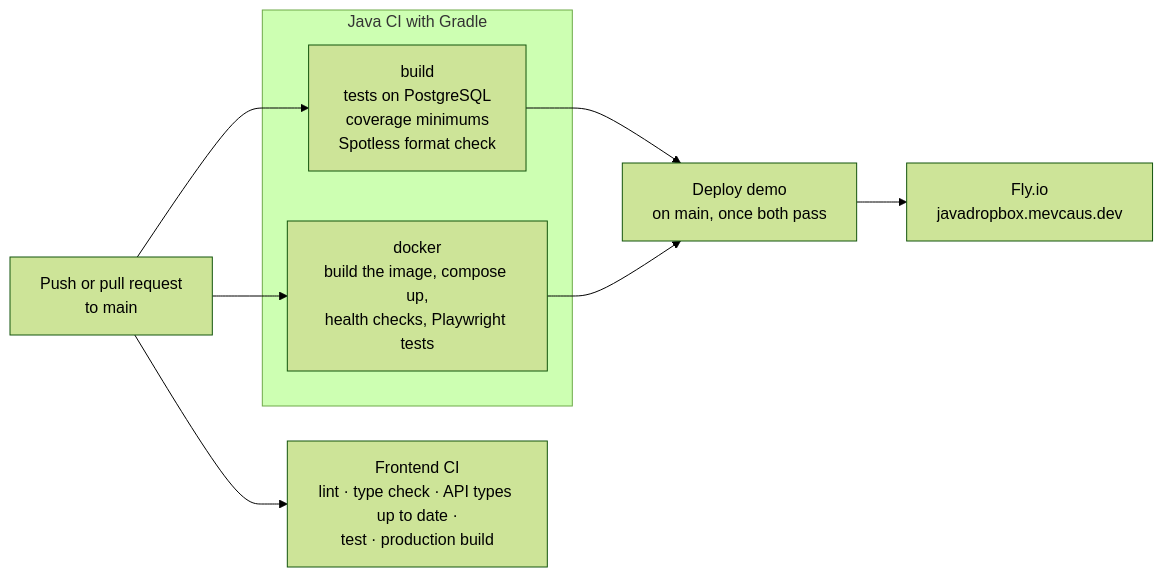
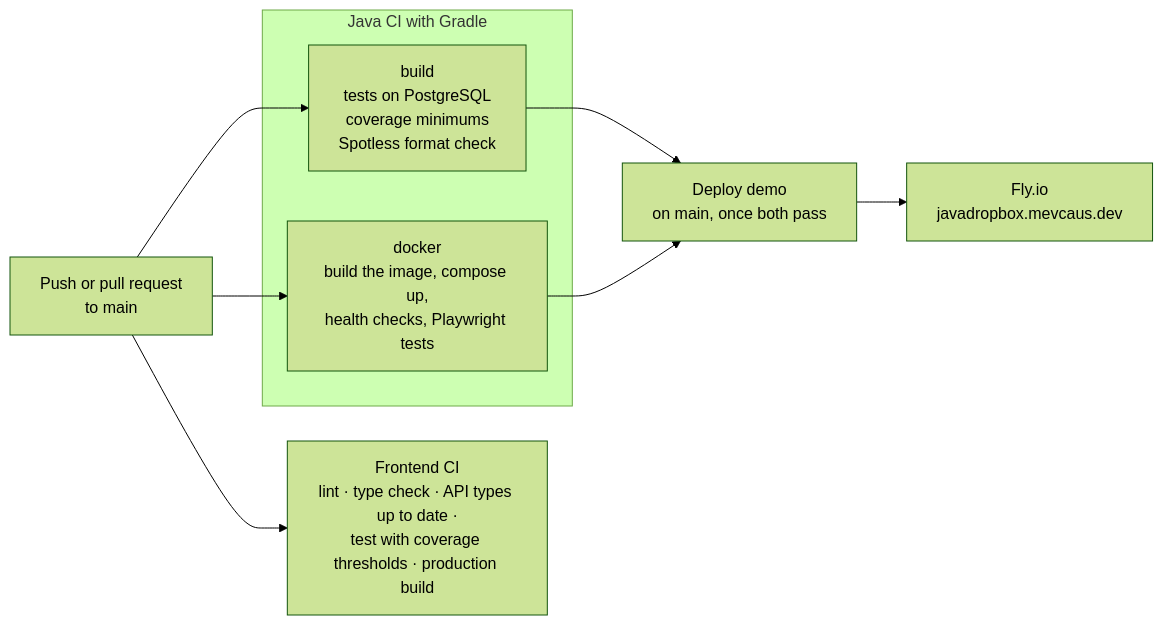
Before and after one commit to mevcaus/JavaDropbox: the sixth of 6 diagrams in README.md, drawn with Mermaid (forest theme). The commit also changed 8 other files, not shown here.

Commit message:
measure frontend coverage with vitest and fail below its thresholds

````diff
--- a/README.md
+++ b/README.md
@@ -371,14 +371,14 @@
 ```mermaid
 flowchart LR
     Push["Push or pull request<br/>to main"] --> Build & Docker & Frontend
 
     subgraph Gradle["Java CI with Gradle"]
         Build["build<br/>tests on PostgreSQL<br/>coverage minimums<br/>Spotless format check"]
         Docker["docker<br/>build the image, compose up,<br/>health checks, Playwright tests"]
     end
 
-    Frontend["Frontend CI<br/>lint · type check · API types up to date ·<br/>test · production build"]
+    Frontend["Frontend CI<br/>lint · type check · API types up to date ·<br/>test with coverage thresholds · production build"]
 
     Build & Docker --> Deploy["Deploy demo<br/>on main, once both pass"]
     Deploy --> Fly["Fly.io<br/>javadropbox.mevcaus.dev"]
 ```
````
